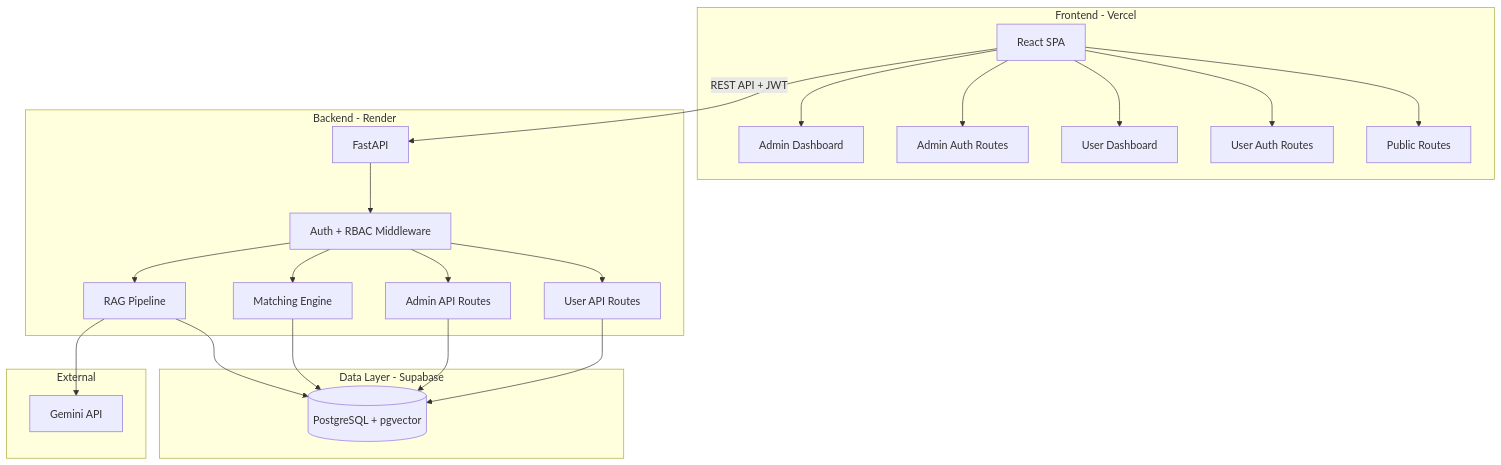
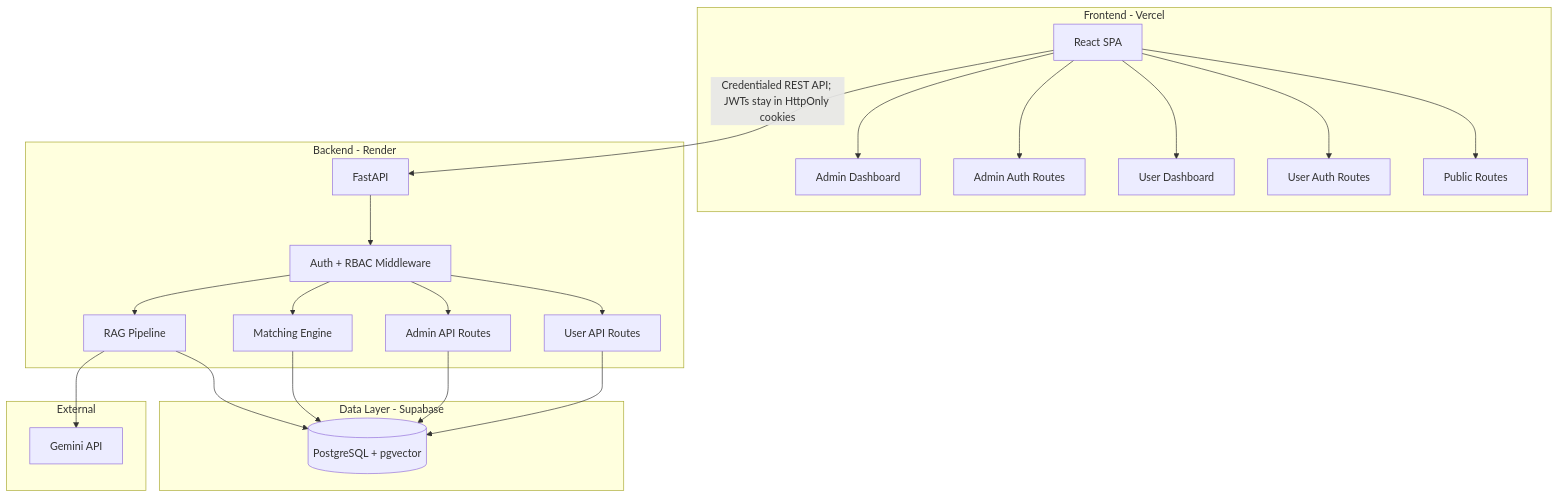
The second of 12 diagrams in implementation_plan_vgu_buddy.md (dat1507/buddyWebVer2), drawn with Mermaid before and after one commit. The commit also changed other lines of this file, not shown here.

Commit message:
docs(auth): finalize secure session architecture

````diff
--- a/implementation_plan_vgu_buddy.md
+++ b/implementation_plan_vgu_buddy.md
@@ -201,36 +201,36 @@
 ```mermaid
 graph TB
     subgraph "Frontend - Vercel"
         WEB[React SPA]
         WEB --> PUB[Public Routes]
         WEB --> UAUTH[User Auth Routes]
         WEB --> UDASH[User Dashboard]
         WEB --> AAUTH[Admin Auth Routes]
         WEB --> ADASH[Admin Dashboard]
     end
 
     subgraph "Backend - Render"
         API[FastAPI]
         MW[Auth + RBAC Middleware]
         API --> MW
         MW --> USER_API[User API Routes]
         MW --> ADMIN_API[Admin API Routes]
         MW --> MATCH[Matching Engine]
         MW --> RAG_SVC[RAG Pipeline]
     end
 
     subgraph "Data Layer - Supabase"
         PG[(PostgreSQL + pgvector)]
     end
 
     subgraph "External"
         LLM[Gemini API]
     end
 
-    WEB -->|REST API + JWT| API
+    WEB -->|Credentialed REST API; JWTs stay in HttpOnly cookies| API
     USER_API --> PG
     ADMIN_API --> PG
     MATCH --> PG
     RAG_SVC --> PG
     RAG_SVC --> LLM
 ```
````
